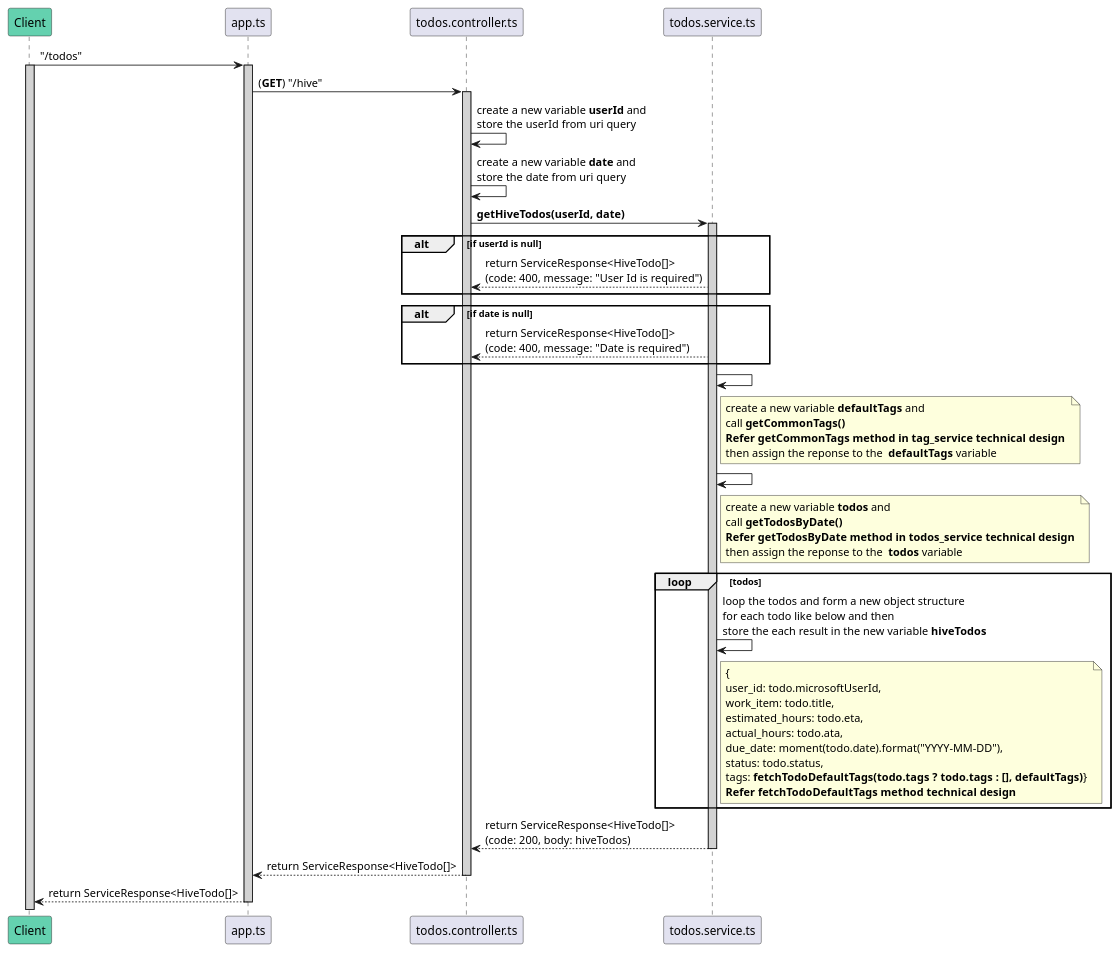
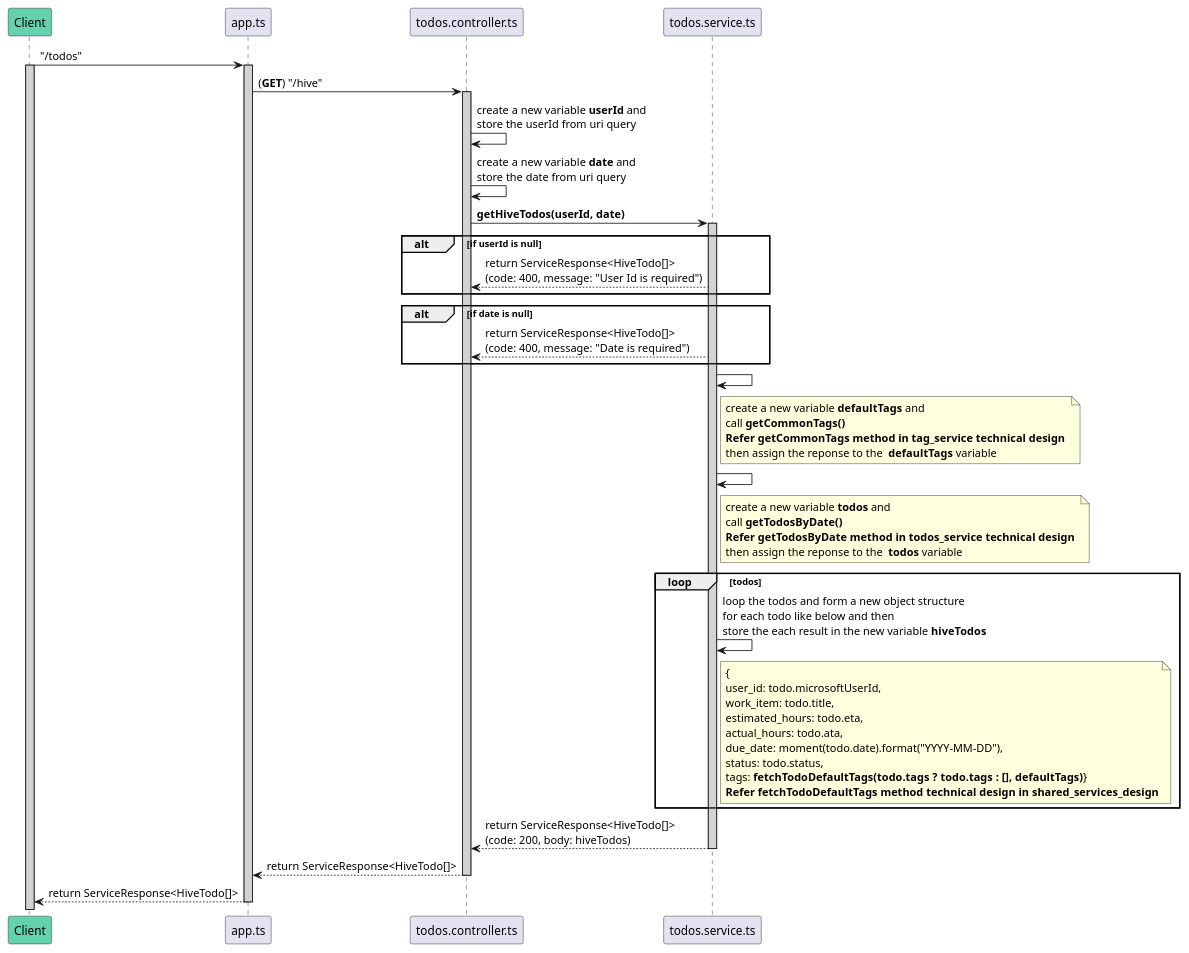
Before and after one commit to avasoft-mobility/workday-design: the diagram in backend/services_design/todo_service/sequence_diagram/get_hive_todos.sequence.puml, drawn with PlantUML. The commit also changed 5 other files, not shown here.

Commit message:
Create graph reportings design

```diff
--- a/backend/services_design/todo_service/sequence_diagram/get_hive_todos.sequence.puml
+++ b/backend/services_design/todo_service/sequence_diagram/get_hive_todos.sequence.puml
@@ -1,46 +1,46 @@
 @startuml getHiveTodos
 participant Client #64D1AF
 participant app.ts
 participant todos.controller.ts
 participant todos.service.ts
 
 Client -> app.ts : "/todos"
 activate Client #D3D3D3
 activate app.ts #D3D3D3
 
 app.ts -> todos.controller.ts : (**GET**) "/hive"
 activate todos.controller.ts #D3D3D3
 
 todos.controller.ts -> todos.controller.ts : create a new variable **userId** and \nstore the userId from uri query
 todos.controller.ts -> todos.controller.ts : create a new variable **date** and \nstore the date from uri query
 todos.controller.ts -> todos.service.ts : **getHiveTodos(userId, date)**
 activate todos.service.ts #D3D3D3
 
 alt if userId is null
     todos.controller.ts <-- todos.service.ts : return ServiceResponse<HiveTodo[]>\n(code: 400, message: "User Id is required")
 end
 
 alt if date is null
     todos.controller.ts <-- todos.service.ts : return ServiceResponse<HiveTodo[]>\n(code: 400, message: "Date is required")
 end
 
 todos.service.ts -> todos.service.ts
 note right of todos.service.ts: create a new variable **defaultTags** and \ncall **getCommonTags()** \n**Refer getCommonTags method in tag_service technical design** \nthen assign the reponse to the  **defaultTags** variable
 
 todos.service.ts -> todos.service.ts
 note right of todos.service.ts: create a new variable **todos** and \ncall **getTodosByDate()** \n**Refer getTodosByDate method in todos_service technical design** \nthen assign the reponse to the  **todos** variable
 
 loop todos
     todos.service.ts -> todos.service.ts: loop the todos and form a new object structure \nfor each todo like below and then\nstore the each result in the new variable **hiveTodos**
-    note right of todos.service.ts:{ \nuser_id: todo.microsoftUserId, \nwork_item: todo.title, \nestimated_hours: todo.eta, \nactual_hours: todo.ata, \ndue_date: moment(todo.date).format("YYYY-MM-DD"), \nstatus: todo.status, \ntags: **fetchTodoDefaultTags(todo.tags ? todo.tags : [], defaultTags)**} \n**Refer fetchTodoDefaultTags method technical design**
+    note right of todos.service.ts:{ \nuser_id: todo.microsoftUserId, \nwork_item: todo.title, \nestimated_hours: todo.eta, \nactual_hours: todo.ata, \ndue_date: moment(todo.date).format("YYYY-MM-DD"), \nstatus: todo.status, \ntags: **fetchTodoDefaultTags(todo.tags ? todo.tags : [], defaultTags)**} \n**Refer fetchTodoDefaultTags method technical design in shared_services_design**
 end
 
 todos.service.ts --> todos.controller.ts: return ServiceResponse<HiveTodo[]>\n(code: 200, body: hiveTodos)
 deactivate todos.service.ts
 
 app.ts <-- todos.controller.ts: return ServiceResponse<HiveTodo[]>
 deactivate todos.controller.ts
 
 Client <-- app.ts : return ServiceResponse<HiveTodo[]>
 deactivate app.ts
 @enduml
```
